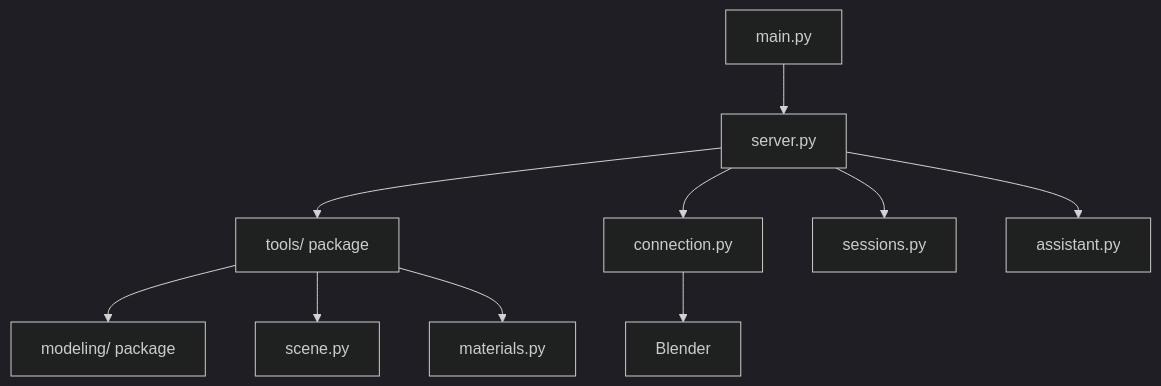
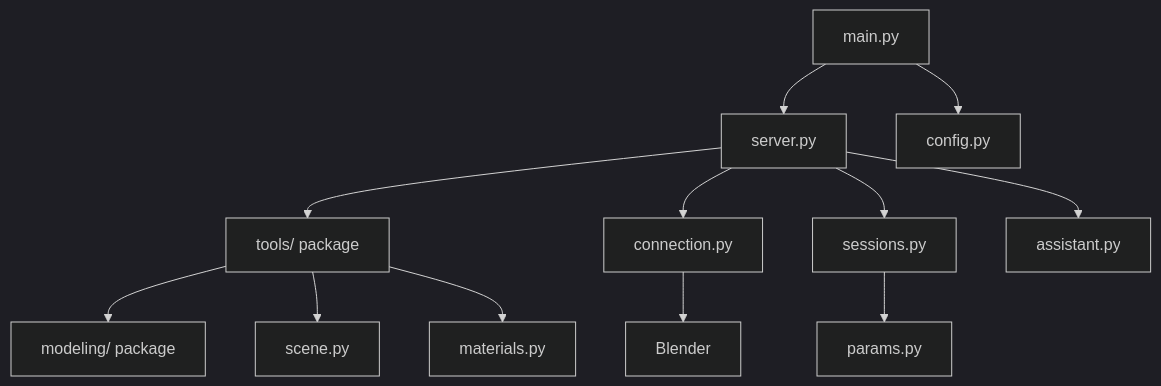
Before and after one commit to KHALEDNOAMAN/blender-mcp-bridge: the second of 2 diagrams in README.md, drawn with Mermaid (dark theme). The commit also changed other lines of this file and 185 other files, not shown here.

````diff
--- a/README.md
+++ b/README.md
@@ -356,12 +475,14 @@
 ```mermaid
 graph TD
     A[main.py] --> B[server.py]
     B --> C[tools/ package]
     C --> D[modeling/ package]
     C --> E[scene.py]
     C --> F[materials.py]
     B --> G[connection.py]
     B --> I[sessions.py]
     B --> J[assistant.py]
+    I --> K[params.py]
+    A --> L[config.py]
     G --> H[Blender]
 ```
````
